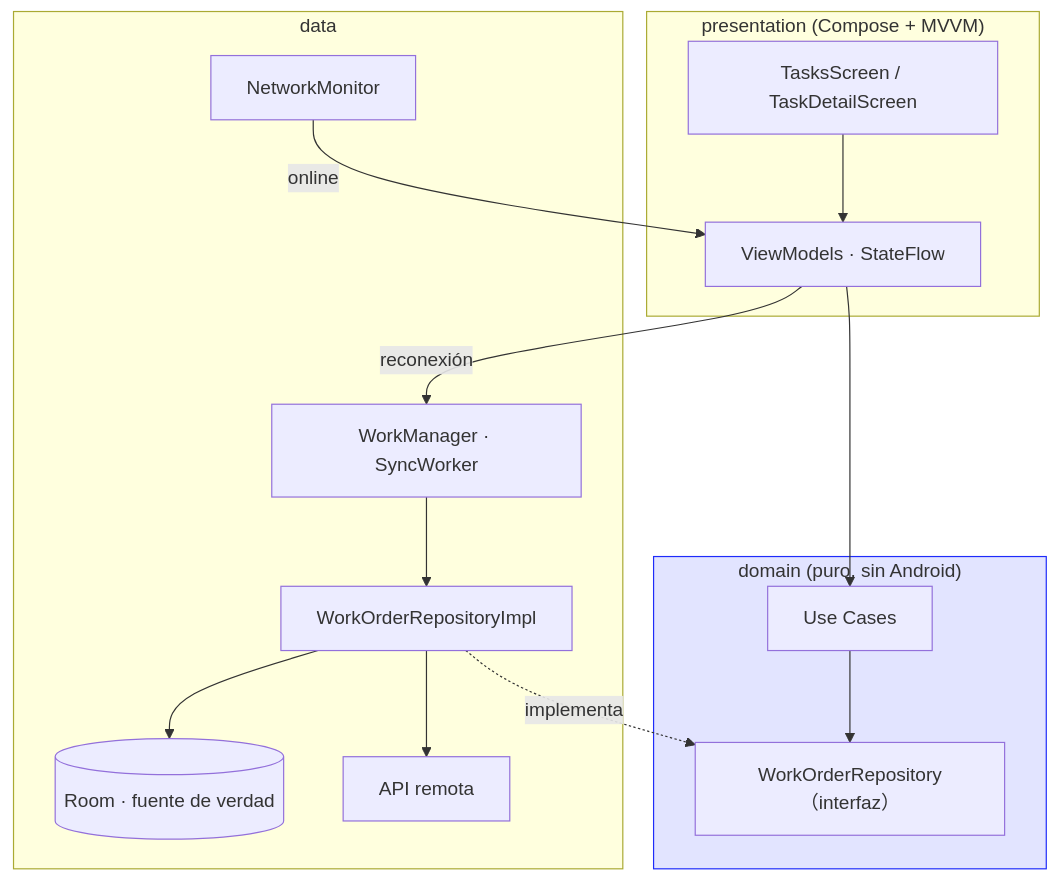
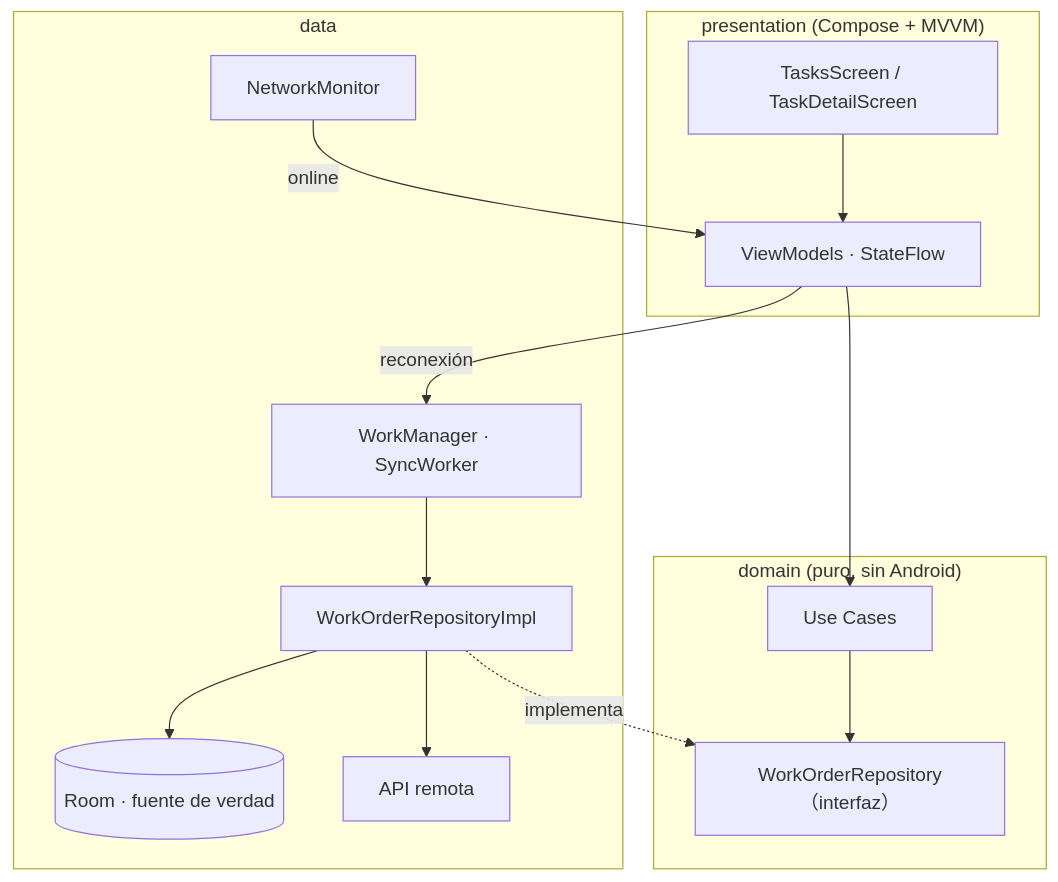
The first of 2 diagrams in README.md (BRIAM13/fieldsync-saas), drawn with Mermaid before and after one commit.

Commit message:
docs: simplify Mermaid flowchart for reliable GitHub rendering

````diff
--- a/README.md
+++ b/README.md
@@ -46,29 +46,26 @@
 ```mermaid
 flowchart TD
     subgraph presentation["presentation (Compose + MVVM)"]
         UI[TasksScreen / TaskDetailScreen]
         VM[ViewModels · StateFlow]
     end
     subgraph domain["domain (puro, sin Android)"]
         UC[Use Cases]
         REPOIF[WorkOrderRepository（interfaz）]
     end
     subgraph data["data"]
         REPO[WorkOrderRepositoryImpl]
         ROOM[(Room · fuente de verdad)]
         API[API remota]
         WM[WorkManager · SyncWorker]
         NET[NetworkMonitor]
     end
 
     UI --> VM --> UC --> REPOIF
     REPO -. implementa .-> REPOIF
     REPO --> ROOM
     REPO --> API
     VM -->|reconexión| WM
     NET -->|online| VM
     WM --> REPO
-
-    classDef d fill:#1e2bfa20,stroke:#1e2bfa;
-    class domain d;
 ```
````
